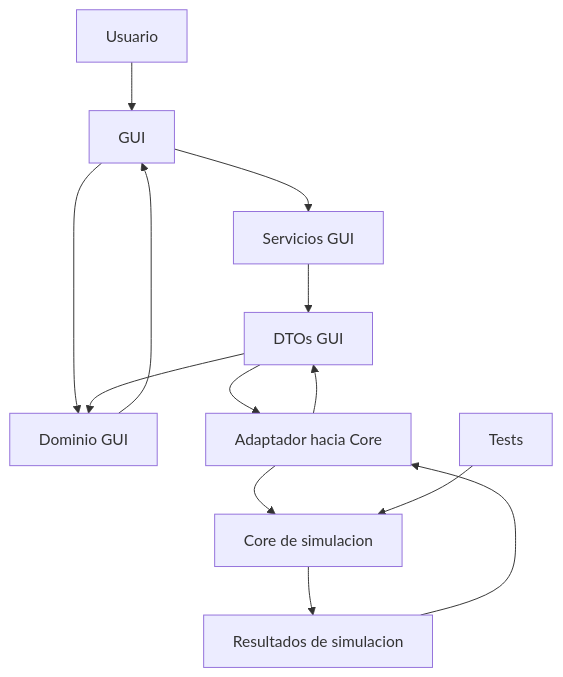
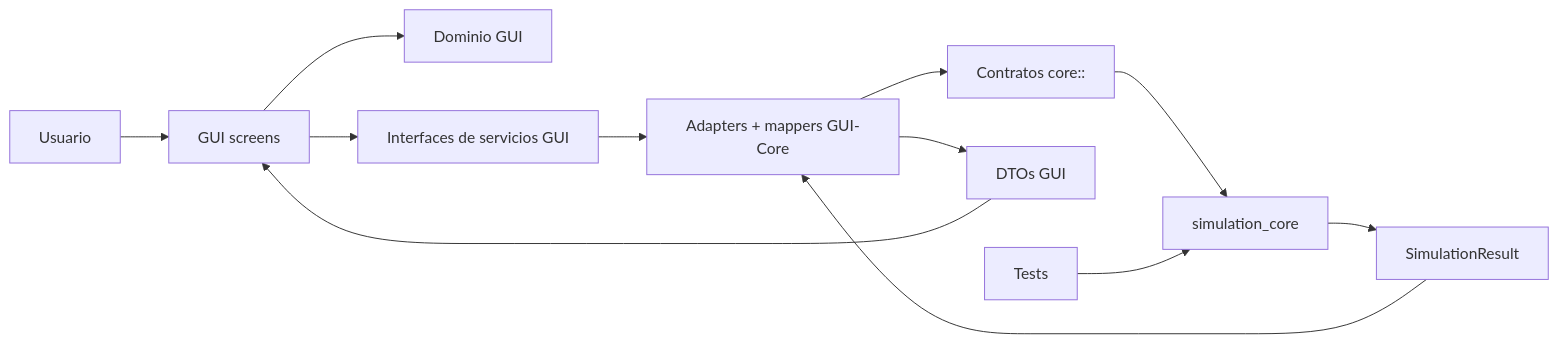
One commit to StivenJM/proyecto-simulacion changed the first of 5 diagrams in docs/architecture/system-design.md. Above: the diagram before and after it, drawn with Mermaid. The commit also changed other lines of this file and 12 other files, not shown here.

First line of the commit message:
docs: update integrated GUI-Core architecture documentation

````diff
--- a/docs/architecture/system-design.md
+++ b/docs/architecture/system-design.md
@@ -9,15 +7,14 @@
 ```mermaid
-flowchart TD
-    User[Usuario] --> GUI[GUI]
-    GUI --> GuiDomain[Dominio GUI]
-    GUI --> GuiServices[Servicios GUI]
-    GuiServices --> GuiDtos[DTOs GUI]
-    GuiDtos --> CoreAdapter[Adaptador hacia Core]
-    CoreAdapter --> Core[Core de simulacion]
-    Core --> CoreResults[Resultados de simulacion]
-    CoreResults --> CoreAdapter
-    CoreAdapter --> GuiDtos
-    GuiDtos --> GuiDomain
-    GuiDomain --> GUI
-    Tests[Tests] --> Core
+flowchart LR
+    User[Usuario] --> Screens[GUI screens]
+    Screens --> GuiDomain[Dominio GUI]
+    Screens --> GuiServices[Interfaces de servicios GUI]
+    GuiServices --> CoreAdapters[Adapters + mappers GUI-Core]
+    CoreAdapters --> CoreContracts[Contratos core::]
+    CoreContracts --> SimulationCore[simulation_core]
+    SimulationCore --> CoreResults[SimulationResult]
+    CoreResults --> CoreAdapters
+    CoreAdapters --> GuiDtos[DTOs GUI]
+    GuiDtos --> Screens
+    Tests[Tests] --> SimulationCore
 ```
````
